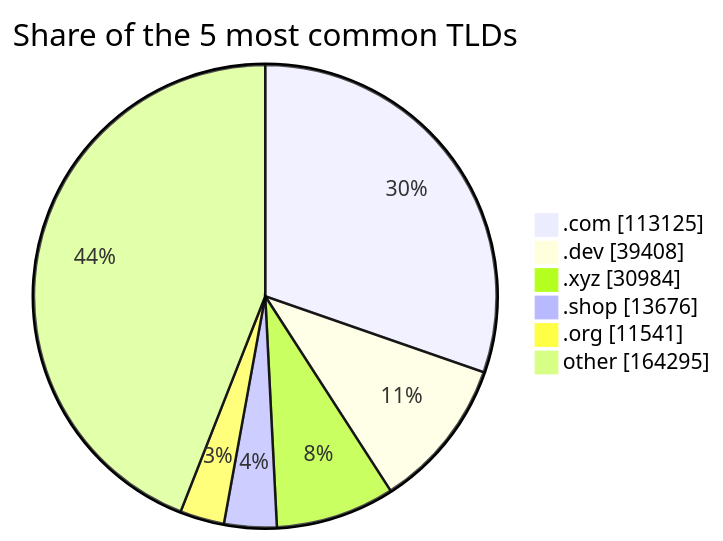
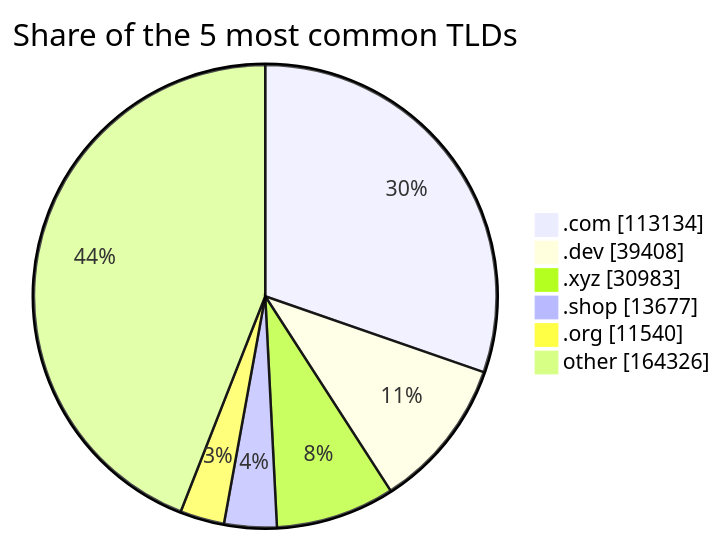
The third of 3 diagrams in README.md (DNSBunker/CTI), drawn with Mermaid before and after one commit. The commit also changed other lines of this file and 3 other files, not shown here.

````diff
--- a/README.md
+++ b/README.md
@@ -81,9 +81,9 @@
 ```mermaid
 pie showData title Share of the 5 most common TLDs
-    ".com" : 113125
+    ".com" : 113134
     ".dev" : 39408
-    ".xyz" : 30984
-    ".shop" : 13676
-    ".org" : 11541
-    "other" : 164295
+    ".xyz" : 30983
+    ".shop" : 13677
+    ".org" : 11540
+    "other" : 164326
 ```
````
